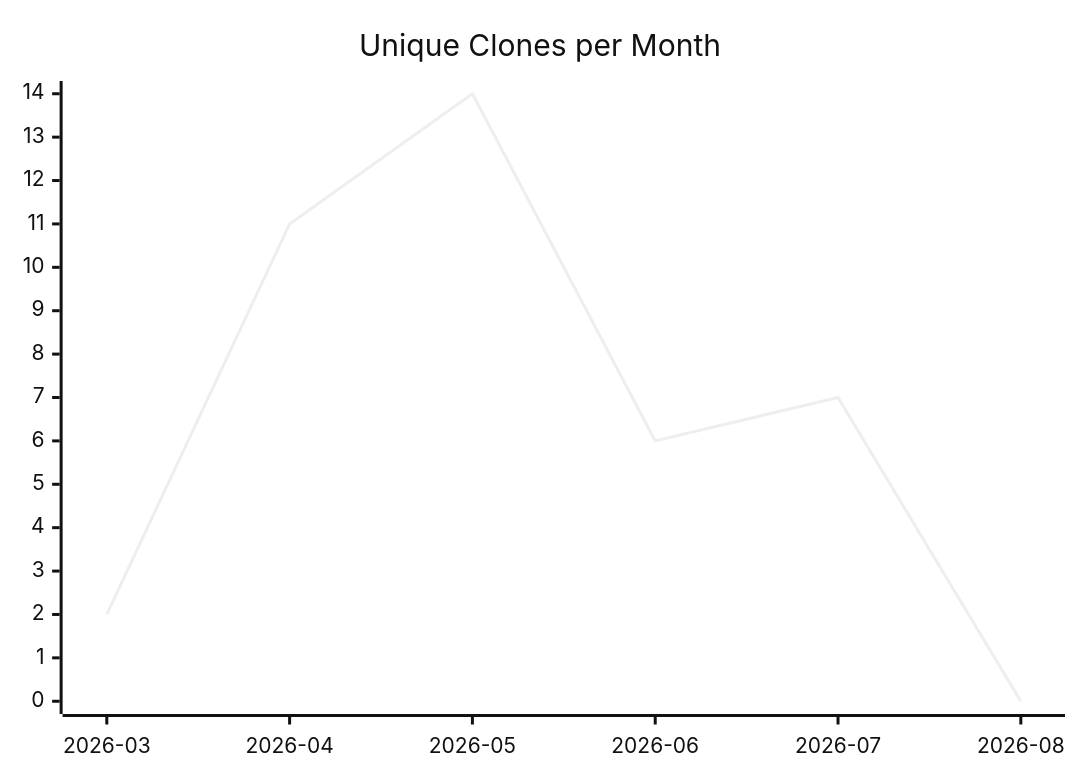
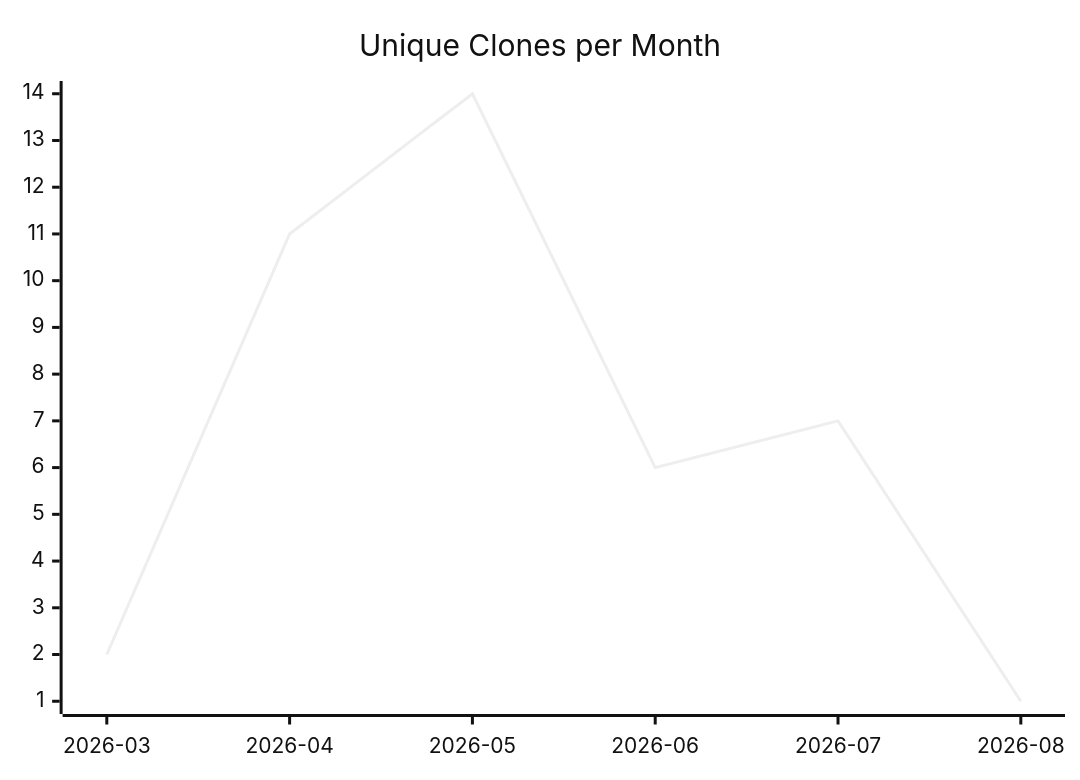
The third of 3 diagrams in karlmdavis/m2e-core/README.md (justdavis-family/github-analytics-data), drawn with Mermaid (neutral theme) before and after one commit. The commit also changed other lines of this file and 176 other files, not shown here.

````diff
--- a/karlmdavis/m2e-core/README.md
+++ b/karlmdavis/m2e-core/README.md
@@ -19,6 +19,6 @@
 ```mermaid
 xychart-beta
   title "Unique Clones per Month"
   x-axis ["2026-03", "2026-04", "2026-05", "2026-06", "2026-07", "2026-08"]
-  line [2, 11, 14, 6, 7, 0]
+  line [2, 11, 14, 6, 7, 1]
 ```
````
